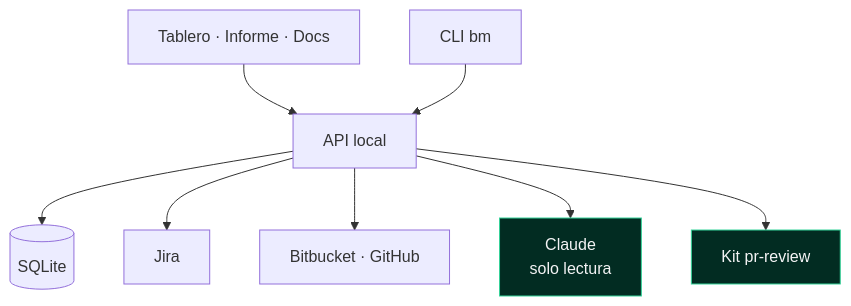
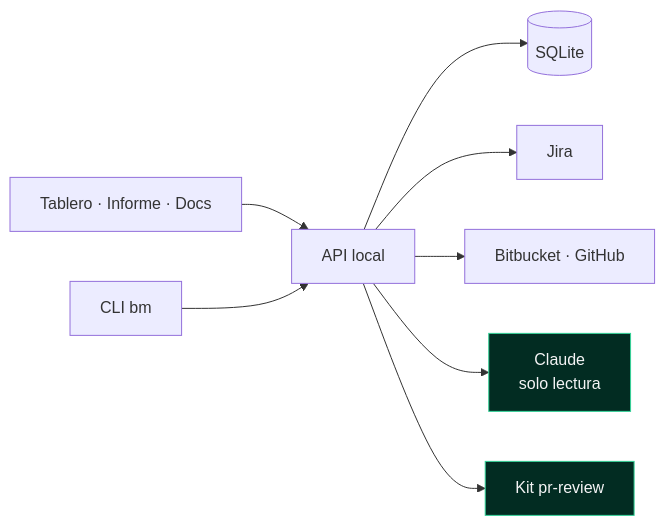
Before and after one commit to esinergiajohan/smart-goals-2026: the fourth of 4 diagrams in README.md, drawn with Mermaid. The commit also changed other lines of this file and 4 other files, not shown here.

````diff
--- a/README.md
+++ b/README.md
@@ -332,12 +284,12 @@
 ```mermaid
-flowchart TB
+flowchart LR
   UI[Tablero · Informe · Docs] --> API[API local]
   CLI[CLI bm] --> API
   API --> DB[(SQLite)]
   API --> J[Jira]
   API --> G[Bitbucket · GitHub]
   API --> IA[Claude<br/>solo lectura]
   API --> KIT[Kit pr-review]
   classDef ia fill:#022c22,stroke:#34d399,color:#f4f4f5
   class IA,KIT ia
 ```
````
